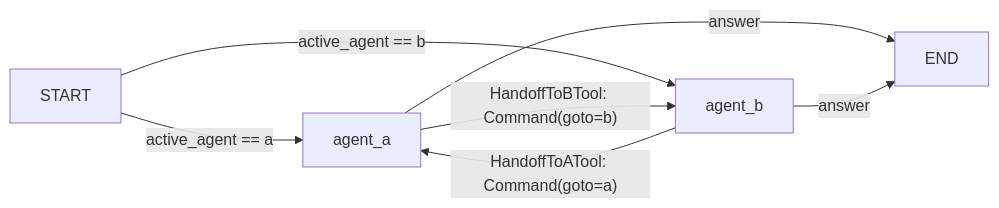
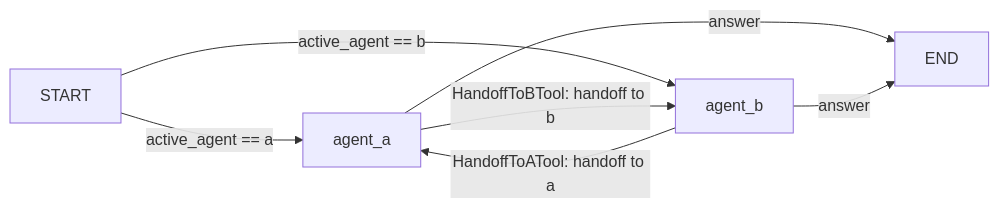
One commit to ricardofagmerspesia/engineos changed the diagram in skills/agent-system-design/references/patterns/handoff-swarm.md. Above: the diagram before and after it, drawn with Mermaid. The commit also changed other lines of this file and 148 other files, not shown here.

````diff
--- a/skills/agent-system-design/references/patterns/handoff-swarm.md
+++ b/skills/agent-system-design/references/patterns/handoff-swarm.md
@@ -34,9 +39,9 @@
 ```mermaid
 flowchart LR
   START -->|active_agent == a| agent_a
   START -->|active_agent == b| agent_b
-  agent_a -->|"HandoffToBTool: Command(goto=b)"| agent_b
-  agent_b -->|"HandoffToATool: Command(goto=a)"| agent_a
+  agent_a -->|"HandoffToBTool: handoff to b"| agent_b
+  agent_b -->|"HandoffToATool: handoff to a"| agent_a
   agent_a -->|answer| END
   agent_b -->|answer| END
 ```
````
